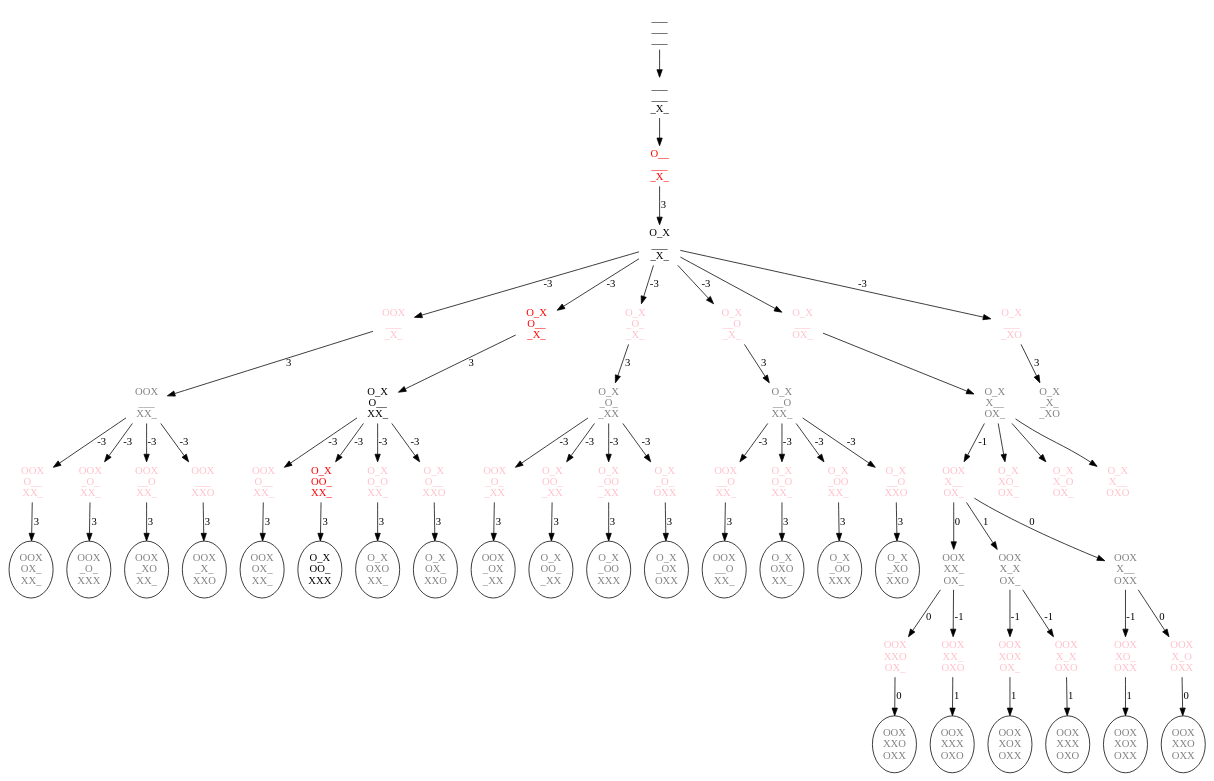
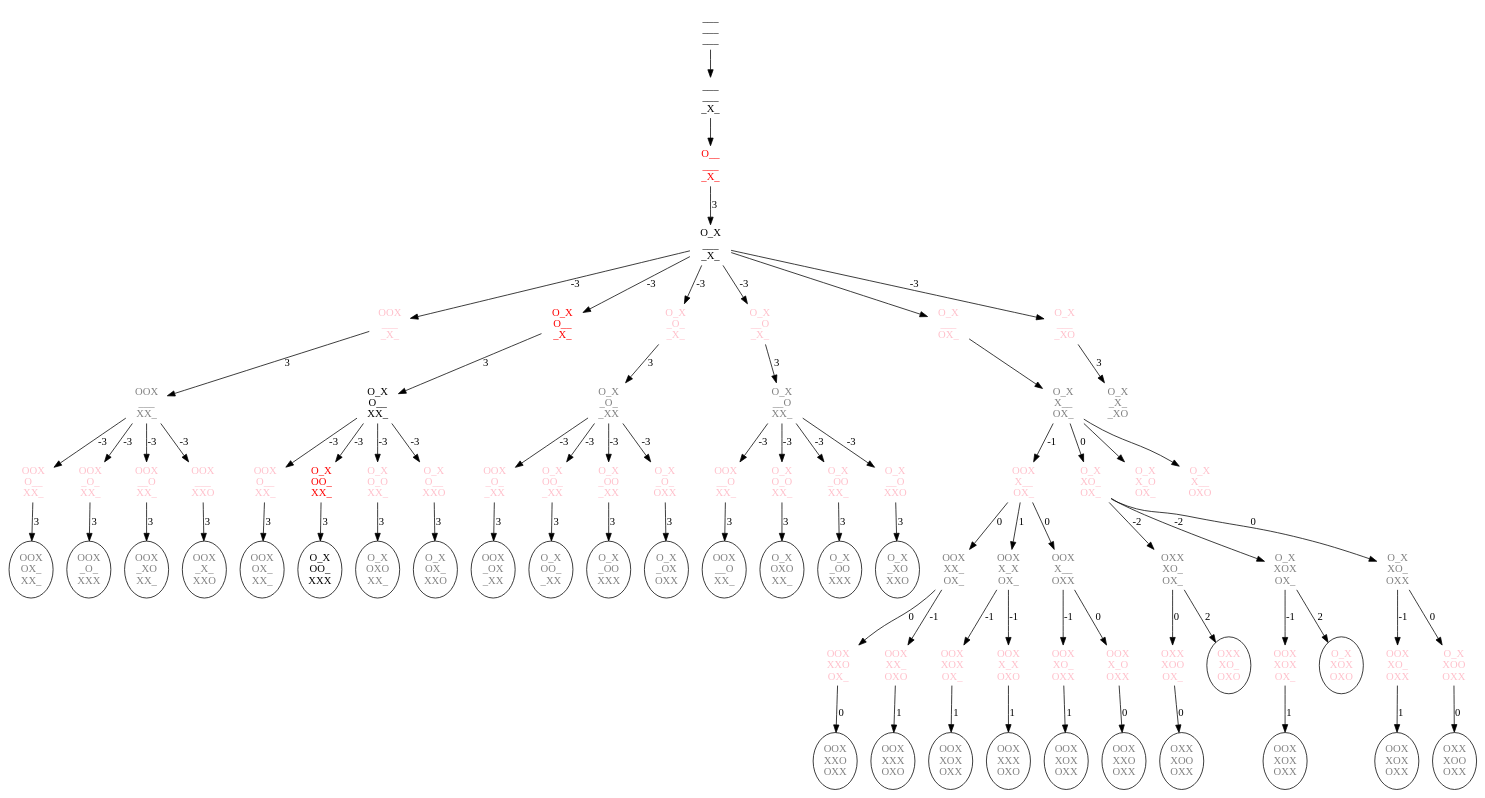
The diagram in monikas_game.dot (tybl/monorepo), drawn with Graphviz before and after one commit.

```diff
--- a/monikas_game.dot
+++ b/monikas_game.dot
@@ -1,138 +1,164 @@
 digraph G {
   Empty [fontname="mono" fontcolor="black" shape=none label="___\n___\n___"];
   M7 [fontname="mono" fontcolor="black" shape=none label="___\n___\n_X_"];
   Empty -> M7;
   A70 [fontname="mono" fontcolor="red" shape=none label="O__\n___\n_X_"];
   M7 -> A70;
   M702 [fontname="mono" fontcolor="black" shape=none label="O_X\n___\n_X_"];
   A70 -> M702 [label="3"];
   a7021 [fontname="mono" fontcolor="pink" shape=none label="OOX\n___\n_X_"];
   M702 -> a7021 [label="-3"];
   m70216 [fontname="mono" fontcolor="grey" shape=none label="OOX\n___\nXX_"];
   a7021 -> m70216 [label="3"];
   a702163 [fontname="mono" fontcolor="pink" shape=none label="OOX\nO__\nXX_"];
   m70216 -> a702163 [label="-3"];
   m7021634 [fontname="mono" fontcolor="grey" label="OOX\nOX_\nXX_"];
   a702163 -> m7021634 [label="3"];
   a702164 [fontname="mono" fontcolor="pink" shape=none label="OOX\n_O_\nXX_"];
   m70216 -> a702164 [label="-3"];
   m7021648 [fontname="mono" fontcolor="grey" label="OOX\n_O_\nXXX"];
   a702164 ->m7021648 [label="3"];
   a702165 [fontname="mono" fontcolor="pink" shape=none label="OOX\n__O\nXX_"];
   m70216 -> a702165 [label="-3"];
   m7021654 [fontname="mono" fontcolor="grey" label="OOX\n_XO\nXX_"];
   a702165 -> m7021654 [label="3"];
   a702168 [fontname="mono" fontcolor="pink" shape=none label="OOX\n___\nXXO"];
   m70216 -> a702168 [label="-3"];
   m7021684 [fontname="mono" fontcolor="grey" label="OOX\n_X_\nXXO"];
   a702168 -> m7021684 [label="3"];
 
   A7023 [fontname="mono" fontcolor="red" shape=none label="O_X\nO__\n_X_"];
   M702 -> A7023 [label="-3"];
   M70236 [fontname="mono" fontcolor="black" shape=none label="O_X\nO__\nXX_"];
   A7023 -> M70236 [label="3"];
   a702361 [fontname="mono" fontcolor="pink" shape=none label="OOX\nO__\nXX_"];
   M70236 -> a702361 [label="-3"];
   m7023614 [fontname="mono" fontcolor="grey" label="OOX\nOX_\nXX_"];
   a702361 -> m7023614 [label="3"];
   A702364 [fontname="mono" fontcolor="red" shape=none label="O_X\nOO_\nXX_"];
   M70236 -> A702364 [label="-3"];
   M7023648 [fontname="mono" fontcolor="black" label="O_X\nOO_\nXXX"];
   A702364 -> M7023648 [label="3"];
   a702365 [fontname="mono" fontcolor="pink" shape=none label="O_X\nO_O\nXX_"];
   M70236 -> a702365 [label="-3"];
   m7023654 [fontname="mono" fontcolor="grey" label="O_X\nOXO\nXX_"];
   a702365 -> m7023654 [label="3"];
   a702368 [fontname="mono" fontcolor="pink" shape=none label="O_X\nO__\nXXO"];
   M70236 -> a702368 [label="-3"];
   m7023684 [fontname="mono" fontcolor="grey" label="O_X\nOX_\nXXO"];
   a702368 -> m7023684 [label="3"];
 
   a7024 [fontname="mono" fontcolor="pink" shape=none label="O_X\n_O_\n_X_"];
   M702 -> a7024 [label="-3"];
   m70248 [fontname="mono" fontcolor="grey" shape=none label="O_X\n_O_\n_XX"];
   a7024 -> m70248 [label="3"];
   a702481 [fontname="mono" fontcolor="pink" shape=none label="OOX\n_O_\n_XX"];
   m70248 -> a702481 [label="-3"];
   m7024815 [fontname="mono" fontcolor="grey" label="OOX\n_OX\n_XX"];
   a702481 -> m7024815 [label="3"];
   a702483 [fontname="mono" fontcolor="pink" shape=none label="O_X\nOO_\n_XX"];
   m70248 -> a702483 [label="-3"];
   m7024835 [fontname="mono" fontcolor="grey" label="O_X\nOO_\n_XX"];
   a702483 -> m7024835 [label="3"];
   a702485 [fontname="mono" fontcolor="pink" shape=none label="O_X\n_OO\n_XX"];
   m70248 -> a702485 [label="-3"];
   m7024856 [fontname="mono" fontcolor="grey" label="O_X\n_OO\nXXX"];
   a702485 -> m7024856 [label="3"];
   a702486 [fontname="mono" fontcolor="pink" shape=none label="O_X\n_O_\nOXX"];
   m70248 -> a702486 [label="-3"];
   m7024865 [fontname="mono" fontcolor="grey" label="O_X\n_OX\nOXX"];
   a702486 -> m7024865 [label="3"];
 
   a7025 [fontname="mono" fontcolor="pink" shape=none label="O_X\n__O\n_X_"];
   M702 -> a7025 [label="-3"];
   m70256 [fontname="mono" fontcolor="grey" shape=none label="O_X\n__O\nXX_"];
   a7025 -> m70256 [label="3"];
   a702561 [fontname="mono" fontcolor="pink" shape=none label="OOX\n__O\nXX_"];
   m70256 -> a702561 [label="-3"];
   m7025614 [fontname="mono" fontcolor="grey" label="OOX\n__O\nXX_"];
   a702561 -> m7025614 [label="3"];
   a702563 [fontname="mono" fontcolor="pink" shape=none label="O_X\nO_O\nXX_"];
   m70256 -> a702563 [label="-3"];
   m7025634 [fontname="mono" fontcolor="grey" label="O_X\nOXO\nXX_"];
   a702563 -> m7025634 [label="3"];
   a702564 [fontname="mono" fontcolor="pink" shape=none label="O_X\n_OO\nXX_"];
   m70256 -> a702564 [label="-3"];
   m7025648 [fontname="mono" fontcolor="grey" label="O_X\n_OO\nXXX"];
   a702564 -> m7025648 [label="3"];
   a702568 [fontname="mono" fontcolor="pink" shape=none label="O_X\n__O\nXXO"];
   m70256 -> a702568 [label="-3"];
   m7025684 [fontname="mono" fontcolor="grey" label="O_X\n_XO\nXXO"];
   a702568 -> m7025684 [label="3"];
   a7026 [fontname="mono" fontcolor="pink" shape=none label="O_X\n___\nOX_"];
   M702 -> a7026;
   m70263 [fontname="mono" fontcolor="grey" shape=none label="O_X\nX__\nOX_"];
   a7026 -> m70263;
   a702631 [fontname="mono" fontcolor="pink" shape=none label="OOX\nX__\nOX_"];
   m70263 -> a702631 [label="-1"];
   m7026314 [fontname="mono" fontcolor="grey" shape=none label="OOX\nXX_\nOX_"];
   a702631 -> m7026314 [label="0"];
   a70263145 [fontname="mono" fontcolor="pink" shape=none label="OOX\nXXO\nOX_"];
   m7026314 -> a70263145 [label="0"];
   m702631458 [fontname="mono" fontcolor="grey" label="OOX\nXXO\nOXX"];
   a70263145 -> m702631458 [label="0"];
   a70263148 [fontname="mono" fontcolor="pink" shape=none label="OOX\nXX_\nOXO"];
   m7026314 -> a70263148 [label="-1"];
   m702631485 [fontname="mono" fontcolor="grey" label="OOX\nXXX\nOXO"];
   a70263148 -> m702631485 [label="1"];
   m7026315 [fontname="mono" fontcolor="grey" shape=none label="OOX\nX_X\nOX_"];
   a702631 -> m7026315 [label="1"];
   a70263154 [fontname="mono" fontcolor="pink" shape=none label="OOX\nXOX\nOX_"];
   m7026315 -> a70263154 [label="-1"];
   m702631548 [fontname="mono" fontcolor="grey" label="OOX\nXOX\nOXX"];
   a70263154 -> m702631548 [label="1"];
   a70263158 [fontname="mono" fontcolor="pink" shape=none label="OOX\nX_X\nOXO"];
   m7026315 -> a70263158 [label="-1"];
   m702631584 [fontname="mono" fontcolor="grey" label="OOX\nXXX\nOXO"];
   a70263158 -> m702631584 [label="1"];
   m7026318 [fontname="mono" fontcolor="grey" shape=none label="OOX\nX__\nOXX"];
   a702631 -> m7026318 [label="0"];
   a70263184 [fontname="mono" fontcolor="pink" shape=none label="OOX\nXO_\nOXX"];
   m7026318 -> a70263184 [label="-1"];
   m702631845 [fontname="mono" fontcolor="grey" label="OOX\nXOX\nOXX"];
   a70263184 -> m702631845 [label="1"];
   a70263185 [fontname="mono" fontcolor="pink" shape=none label="OOX\nX_O\nOXX"];
   m7026318 -> a70263185 [label="0"];
   m702631854 [fontname="mono" fontcolor="grey" label="OOX\nXXO\nOXX"];
   a70263185 -> m702631854 [label="0"];
   a702634 [fontname="mono" fontcolor="pink" shape=none label="O_X\nXO_\nOX_"];
-  m70263 -> a702634;
+  m70263 -> a702634 [label="0"];
+  m7026341 [fontname="mono" fontcolor="grey" shape=none label="OXX\nXO_\nOX_"];
+  a702634 -> m7026341 [label="-2"];
+  a70263415 [fontname="mono" fontcolor="pink" shape=none label="OXX\nXOO\nOX_"];
+  m7026341 -> a70263415 [label="0"];
+  m702634158 [fontname="mono" fontcolor="grey" label="OXX\nXOO\nOXX"];
+  a70263415 -> m702634158 [label="0"];
+  a70263418 [fontname="mono" fontcolor="pink" label="OXX\nXO_\nOXO"];
+  m7026341 -> a70263418 [label="2"];
+  m7026345 [fontname="mono" fontcolor="grey" shape=none label="O_X\nXOX\nOX_"];
+  a702634 -> m7026345 [label="-2"];
+  a70263451 [fontname="mono" fontcolor="pink" shape=none label="OOX\nXOX\nOX_"];
+  m7026345 -> a70263451 [label="-1"];
+  m702634518 [fontname="mono" fontcolor="grey" label="OOX\nXOX\nOXX"];
+  a70263451 -> m702634518 [label="1"];
+  a70263458 [fontname="mono" fontcolor="pink" label="O_X\nXOX\nOXO"];
+  m7026345 -> a70263458 [label="2"];
+  m7026348 [fontname="mono" fontcolor="grey" shape=none label="O_X\nXO_\nOXX"];
+  a702634 -> m7026348 [label="0"];
+  a70263481 [fontname="mono" fontcolor="pink" shape=none label="OOX\nXO_\nOXX"];
+  m7026348 -> a70263481 [label="-1"];
+  m702634815 [fontname="mono" fontcolor="grey" label="OOX\nXOX\nOXX"];
+  a70263481 -> m702634815 [label="1"];
+  a70263485 [fontname="mono" fontcolor="pink" shape=none label="O_X\nXOO\nOXX"];
+  m7026348 -> a70263485 [label="0"];
+  m702634851 [fontname="mono" fontcolor="grey" label="OXX\nXOO\nOXX"];
+  a70263485 -> m702634851 [label="0"];
   a702635 [fontname="mono" fontcolor="pink" shape=none label="O_X\nX_O\nOX_"];
   m70263 -> a702635;
   a702638 [fontname="mono" fontcolor="pink" shape=none label="O_X\nX__\nOXO"];
   m70263 -> a702638;
   a7028 [fontname="mono" fontcolor="pink" shape=none label="O_X\n___\n_XO"];
   M702 -> a7028 [label="-3"];
   m70284 [fontname="mono" fontcolor="grey" shape=none label="O_X\n_X_\n_XO"];
   a7028 -> m70284 [label="3"];
 }
```
